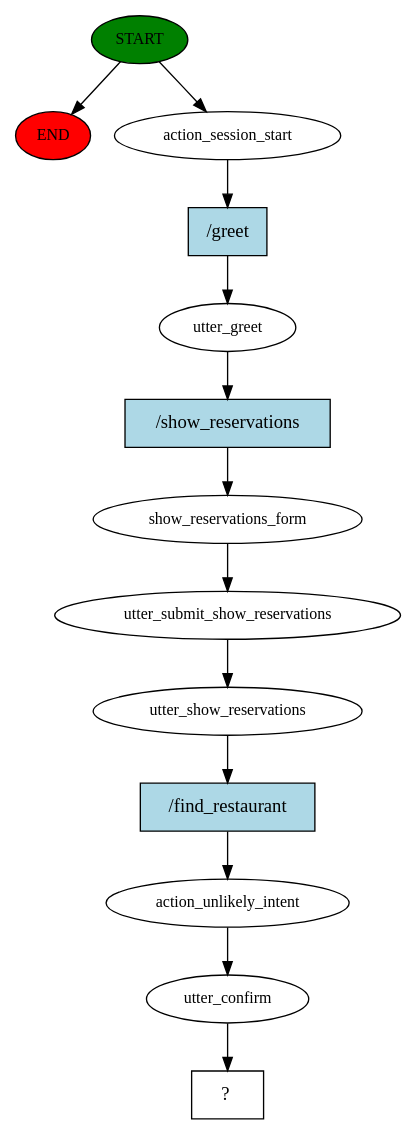
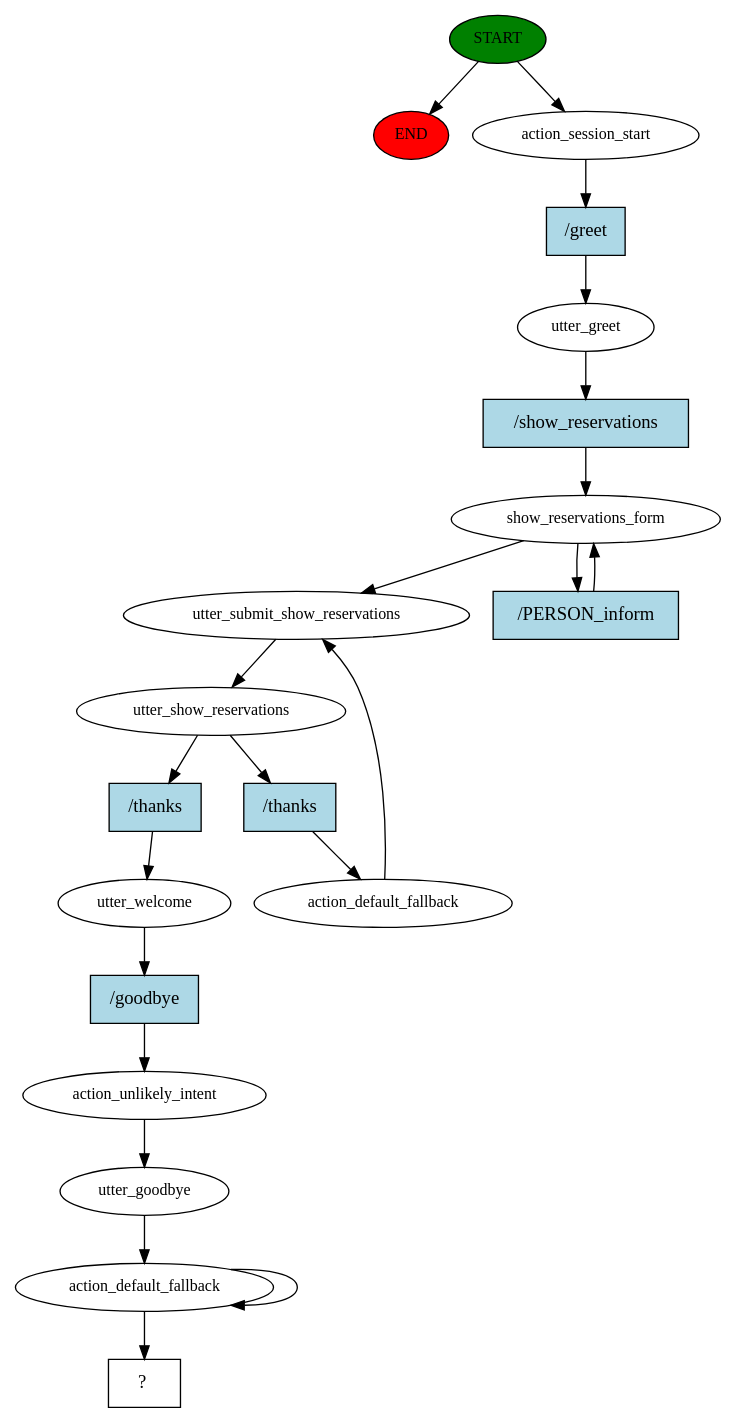
The diagram in rasa_chatbot/story_graph.dot (AsiaSzych/IU_Voice_Assistants), drawn with Graphviz before and after one commit. The commit also changed 4 other files, not shown here.

Commit message:
show reservations form with spacy for PERSON

```diff
--- a/rasa_chatbot/story_graph.dot
+++ b/rasa_chatbot/story_graph.dot
@@ -1,27 +1,42 @@
 digraph  {
 0 [class="start active", fillcolor=green, fontsize=12, label=START, style=filled];
 "-1" [class=end, fillcolor=red, fontsize=12, label=END, style=filled];
 1 [class=active, fontsize=12, label=action_session_start];
 2 [class=active, fontsize=12, label=utter_greet];
 3 [class=active, fontsize=12, label=show_reservations_form];
-4 [class=active, fontsize=12, label=utter_submit_show_reservations];
-5 [class=active, fontsize=12, label=utter_show_reservations];
-6 [class=active, fontsize=12, label=action_unlikely_intent];
-7 [class=active, fontsize=12, label=utter_confirm];
-8 [class="intent dashed active", label="  ?  ", shape=rect];
-9 [class="intent active", fillcolor=lightblue, label="/greet", shape=rect, style=filled];
-10 [class="intent active", fillcolor=lightblue, label="/show_reservations", shape=rect, style=filled];
-11 [class="intent active", fillcolor=lightblue, label="/find_restaurant", shape=rect, style=filled];
+5 [class=active, fontsize=12, label=utter_submit_show_reservations];
+6 [class=active, fontsize=12, label=utter_show_reservations];
+7 [class=active, fontsize=12, label=action_default_fallback];
+10 [class=active, fontsize=12, label=utter_welcome];
+11 [class=active, fontsize=12, label=action_unlikely_intent];
+12 [class=active, fontsize=12, label=utter_goodbye];
+13 [class=active, fontsize=12, label=action_default_fallback];
+15 [class="intent dashed active", label="  ?  ", shape=rect];
+16 [class="intent active", fillcolor=lightblue, label="/greet", shape=rect, style=filled];
+17 [class="intent active", fillcolor=lightblue, label="/show_reservations", shape=rect, style=filled];
+18 [class="intent active", fillcolor=lightblue, label="/PERSON_inform", shape=rect, style=filled];
+19 [class="intent active", fillcolor=lightblue, label="/thanks", shape=rect, style=filled];
+20 [class="intent active", fillcolor=lightblue, label="/thanks", shape=rect, style=filled];
+21 [class="intent active", fillcolor=lightblue, label="/goodbye", shape=rect, style=filled];
 0 -> "-1"  [class="", key=NONE, label=""];
 0 -> 1  [class=active, key=NONE, label=""];
-1 -> 9  [class=active, key=0];
-2 -> 10  [class=active, key=0];
-3 -> 4  [class=active, key=NONE, label=""];
-4 -> 5  [class=active, key=NONE, label=""];
-5 -> 11  [class=active, key=0];
-6 -> 7  [class=active, key=NONE, label=""];
-7 -> 8  [class=active, key=NONE, label=""];
-9 -> 2  [class=active, key=0];
-10 -> 3  [class=active, key=0];
-11 -> 6  [class=active, key=0];
+1 -> 16  [class=active, key=0];
+2 -> 17  [class=active, key=0];
+3 -> 5  [class=active, key=NONE, label=""];
+3 -> 18  [class=active, key=0];
+5 -> 6  [class=active, key=NONE, label=""];
+6 -> 19  [class=active, key=0];
+6 -> 20  [class=active, key=0];
+7 -> 5  [class=active, key=NONE, label=""];
+10 -> 21  [class=active, key=0];
+11 -> 12  [class=active, key=NONE, label=""];
+12 -> 13  [class=active, key=NONE, label=""];
+13 -> 15  [class=active, key=NONE, label=""];
+13 -> 13  [class=active, key=NONE, label=""];
+16 -> 2  [class=active, key=0];
+17 -> 3  [class=active, key=0];
+18 -> 3  [class=active, key=0];
+19 -> 7  [class=active, key=0];
+20 -> 10  [class=active, key=0];
+21 -> 11  [class=active, key=0];
 }
```
